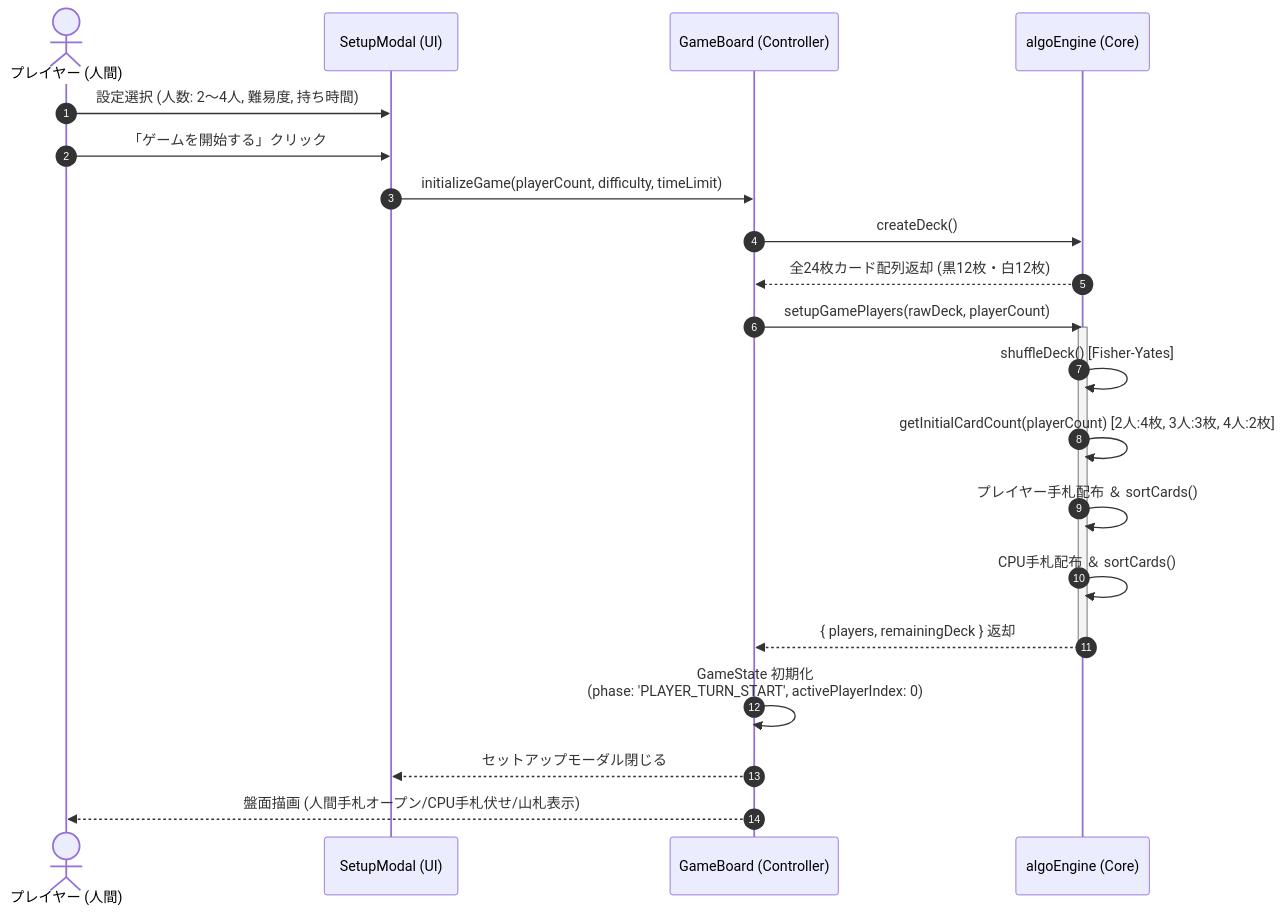
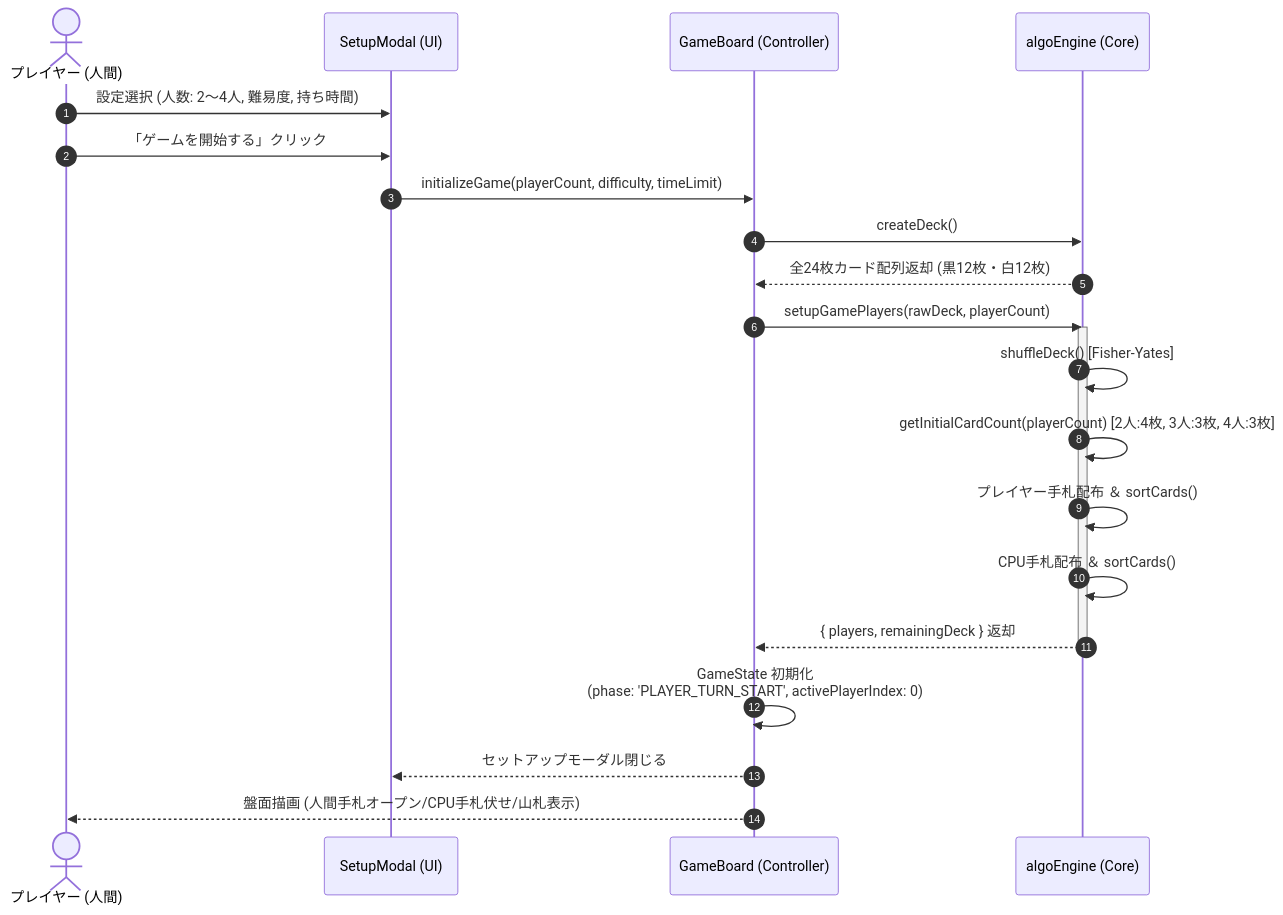
Before and after one commit to dandelion0016/algo: the first of 5 diagrams in docs/design/backend/sequence-diagrams.md, drawn with Mermaid. The commit also changed 4 other files, not shown here.

````diff
--- a/docs/design/backend/sequence-diagrams.md
+++ b/docs/design/backend/sequence-diagrams.md
@@ -20,28 +20,28 @@
 ```mermaid
 sequenceDiagram
     autonumber
     actor User as プレイヤー (人間)
     participant Setup as SetupModal (UI)
     participant Board as GameBoard (Controller)
     participant Engine as algoEngine (Core)
 
     User->>Setup: 設定選択 (人数: 2〜4人, 難易度, 持ち時間)
     User->>Setup: 「ゲームを開始する」クリック
     Setup->>Board: initializeGame(playerCount, difficulty, timeLimit)
 
     Board->>Engine: createDeck()
     Engine-->>Board: 全24枚カード配列返却 (黒12枚・白12枚)
 
     Board->>Engine: setupGamePlayers(rawDeck, playerCount)
     activate Engine
     Engine->>Engine: shuffleDeck() [Fisher-Yates]
-    Engine->>Engine: getInitialCardCount(playerCount) [2人:4枚, 3人:3枚, 4人:2枚]
+    Engine->>Engine: getInitialCardCount(playerCount) [2人:4枚, 3人:3枚, 4人:3枚]
     Engine->>Engine: プレイヤー手札配布 ＆ sortCards()
     Engine->>Engine: CPU手札配布 ＆ sortCards()
     Engine-->>Board: { players, remainingDeck } 返却
     deactivate Engine
 
     Board->>Board: GameState 初期化<br/>(phase: 'PLAYER_TURN_START', activePlayerIndex: 0)
     Board-->>Setup: セットアップモーダル閉じる
     Board-->>User: 盤面描画 (人間手札オープン/CPU手札伏せ/山札表示)
 ```
````
